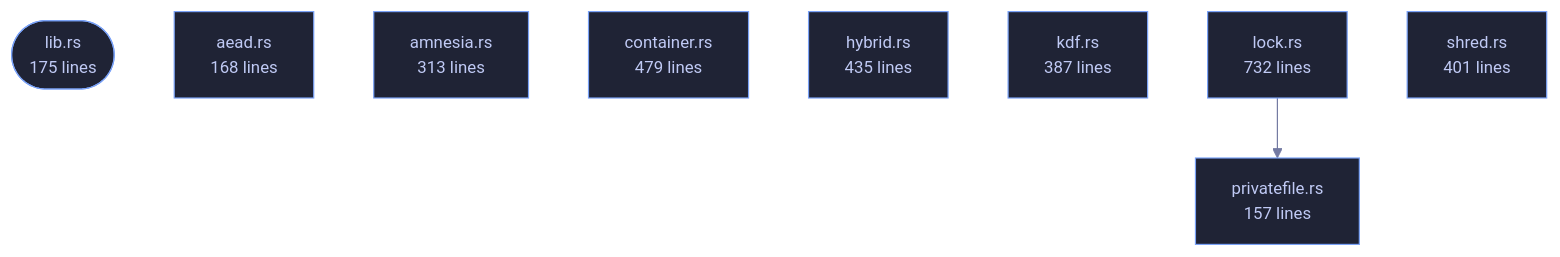
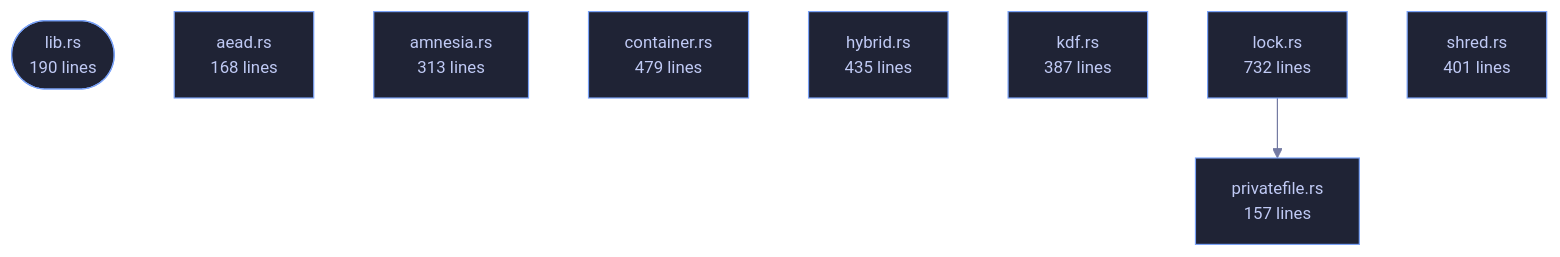
One commit to tilas01/veilvoice changed the diagram in crates/veilvoice-crypto/README.md. Above: the diagram before and after it, drawn with Mermaid. The commit also changed other lines of this file and 182 other files, not shown here.

````diff
--- a/crates/veilvoice-crypto/README.md
+++ b/crates/veilvoice-crypto/README.md
@@ -92,23 +108,23 @@
 ```mermaid
 %%{init: {"theme":"base","themeVariables":{"background":"#1a1b26","primaryColor":"#1f2335","primaryTextColor":"#c0caf5","primaryBorderColor":"#7aa2f7","secondaryColor":"#16161e","tertiaryColor":"#16161e","lineColor":"#737aa2","textColor":"#c0caf5","mainBkg":"#1f2335","nodeBorder":"#7aa2f7","clusterBkg":"#16161e","clusterBorder":"#2f3549","fontFamily":"ui-monospace, SFMono-Regular, Consolas, monospace","fontSize":"14px"}}}%%
 flowchart TD
-    n_lib(["lib.rs<br/>175 lines"])
+    n_lib(["lib.rs<br/>190 lines"])
     n_aead["aead.rs<br/>168 lines"]
     n_amnesia["amnesia.rs<br/>313 lines"]
     n_container["container.rs<br/>479 lines"]
     n_hybrid["hybrid.rs<br/>435 lines"]
     n_kdf["kdf.rs<br/>387 lines"]
     n_lock["lock.rs<br/>732 lines"]
     n_privatefile["privatefile.rs<br/>157 lines"]
     n_shred["shred.rs<br/>401 lines"]
     n_lock --> n_privatefile
     click n_lib href "https://github.com/tilas01/veilvoice/blob/main/crates/veilvoice-crypto/src/lib.rs" "open the source"
     click n_aead href "https://github.com/tilas01/veilvoice/blob/main/crates/veilvoice-crypto/src/aead.rs" "open the source"
     click n_amnesia href "https://github.com/tilas01/veilvoice/blob/main/crates/veilvoice-crypto/src/amnesia.rs" "open the source"
     click n_container href "https://github.com/tilas01/veilvoice/blob/main/crates/veilvoice-crypto/src/container.rs" "open the source"
     click n_hybrid href "https://github.com/tilas01/veilvoice/blob/main/crates/veilvoice-crypto/src/hybrid.rs" "open the source"
     click n_kdf href "https://github.com/tilas01/veilvoice/blob/main/crates/veilvoice-crypto/src/kdf.rs" "open the source"
     click n_lock href "https://github.com/tilas01/veilvoice/blob/main/crates/veilvoice-crypto/src/lock.rs" "open the source"
     click n_privatefile href "https://github.com/tilas01/veilvoice/blob/main/crates/veilvoice-crypto/src/privatefile.rs" "open the source"
     click n_shred href "https://github.com/tilas01/veilvoice/blob/main/crates/veilvoice-crypto/src/shred.rs" "open the source"
 ```
````
